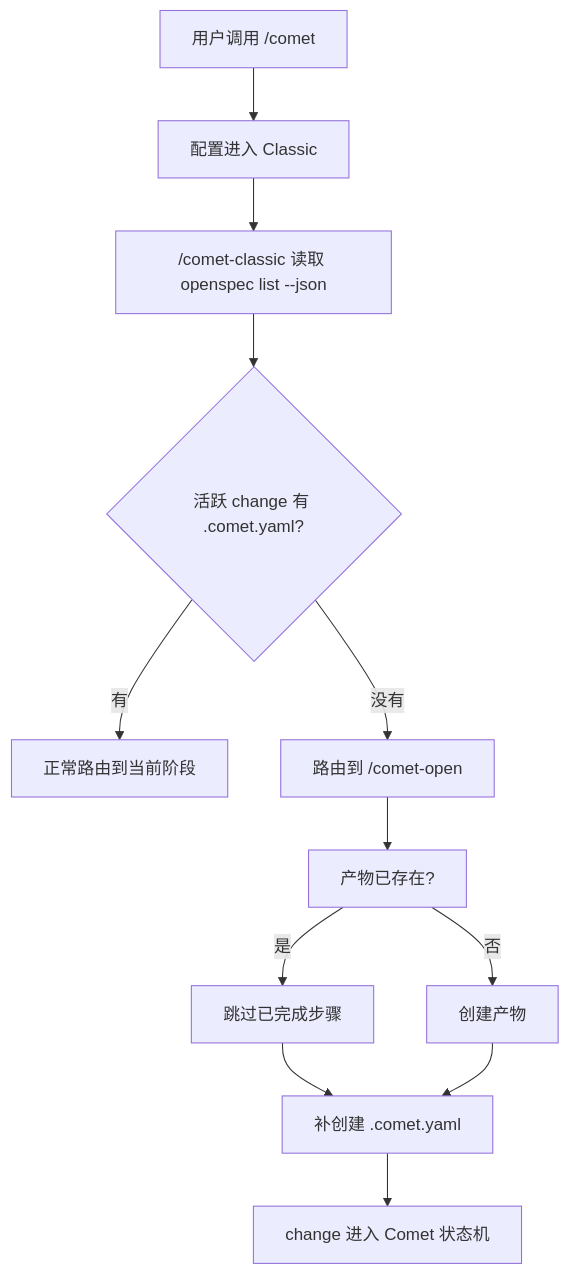
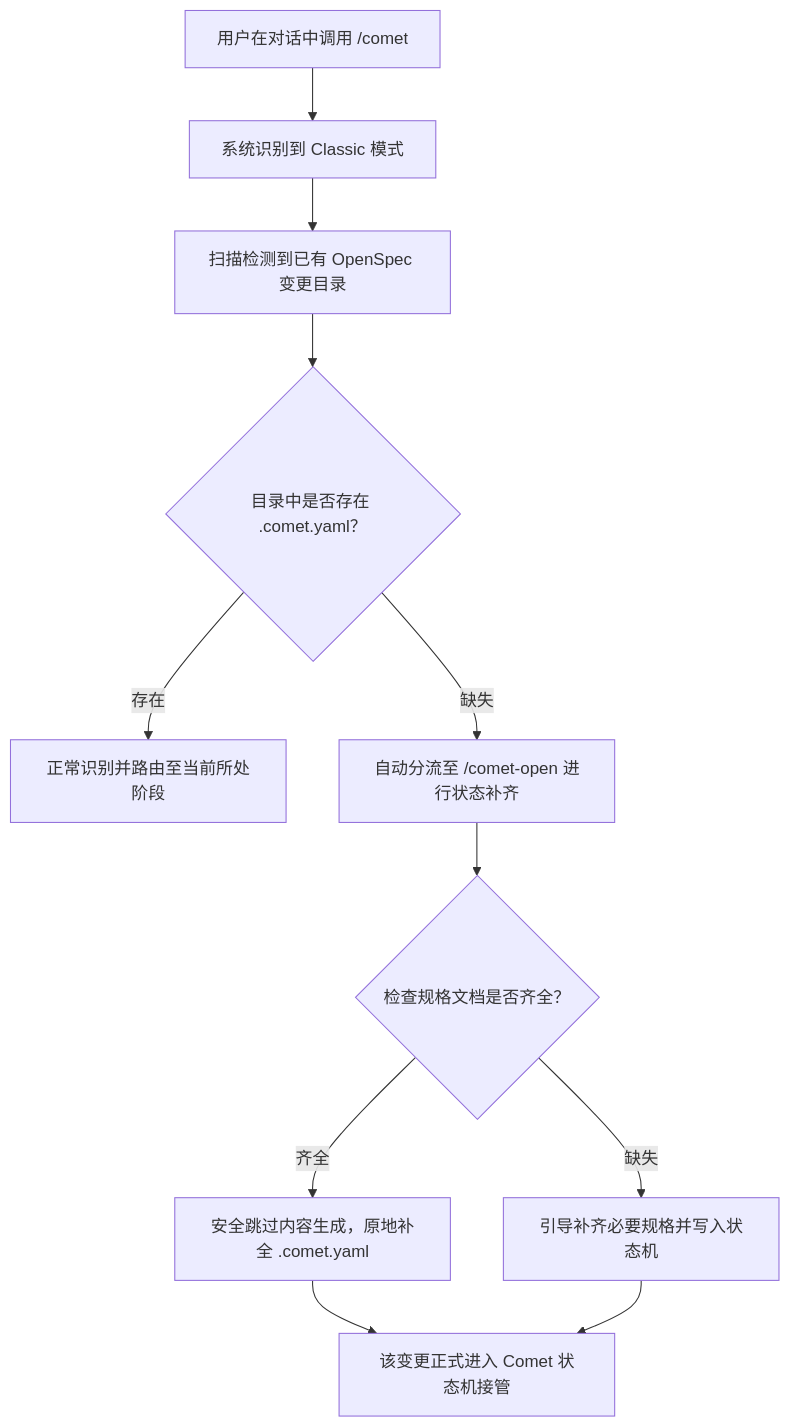
One commit to rpamis/comet-website-docs changed the second of 2 diagrams in zh/guides/existing-project.mdx. Above: the diagram before and after it, drawn with Mermaid. The commit also changed other lines of this file and 76 other files, not shown here.

````diff
--- a/zh/guides/existing-project.mdx
+++ b/zh/guides/existing-project.mdx
@@ -141,14 +140,13 @@
 ```mermaid
 flowchart TD
-  A["用户调用 /comet"] --> B["配置进入 Classic"]
-  B --> C["/comet-classic 读取 openspec list --json"]
-  C --> D{"活跃 change 有 .comet.yaml?"}
-  D -->|有| E["正常路由到当前阶段"]
-  D -->|没有| F["路由到 /comet-open"]
-  F --> G["产物已存在?"]
-  G -->|是| H["跳过已完成步骤"]
-  G -->|否| I["创建产物"]
-  H --> J["补创建 .comet.yaml"]
-  I --> J
-  J --> K["change 进入 Comet 状态机"]
+  A["用户在对话中调用 /comet"] --> B["系统识别到 Classic 模式"]
+  B --> C["扫描检测到已有 OpenSpec 变更目录"]
+  C --> D{"目录中是否存在 .comet.yaml？"}
+  D -->|存在| E["正常识别并路由至当前所处阶段"]
+  D -->|缺失| F["自动分流至 /comet-open 进行状态补齐"]
+  F --> G{"检查规格文档是否齐全？"}
+  G -->|齐全| H["安全跳过内容生成，原地补全 .comet.yaml"]
+  G -->|缺失| I["引导补齐必要规格并写入状态机"]
+  H --> K["该变更正式进入 Comet 状态机接管"]
+  I --> K
 ```
````
